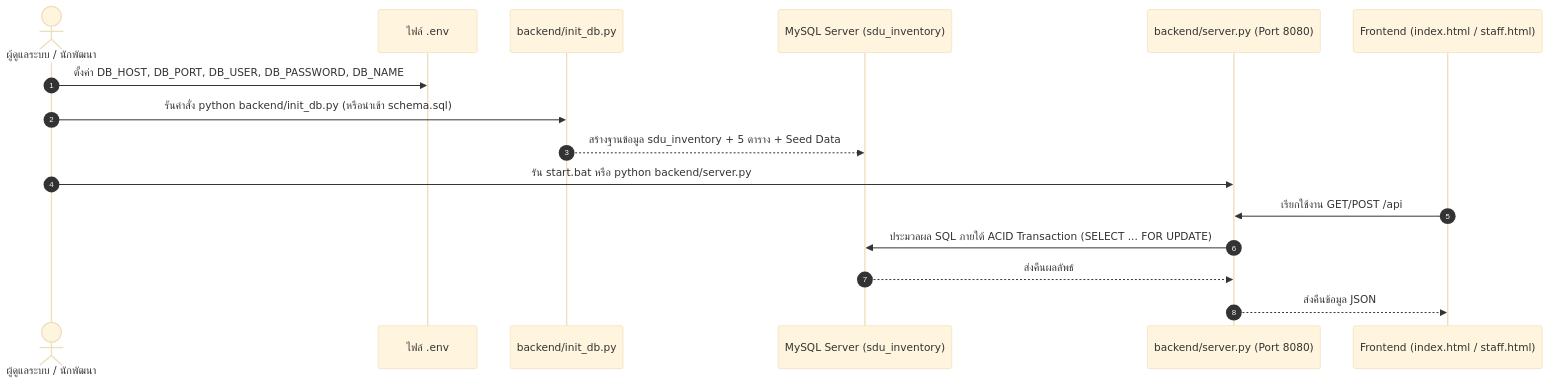
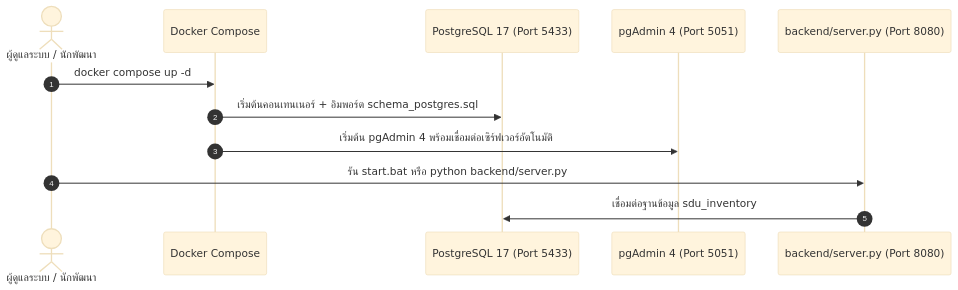
Before and after one commit to itsmekritsanai/stock-order-sdu: the diagram in backend/README.md, drawn with Mermaid (base theme). The commit also changed other lines of this file and 22 other files, not shown here.

Commit message:
feat: upgrade to PostgreSQL 17 with Docker Compose and pgAdmin 4 (v3.0.0)

````diff
--- a/backend/README.md
+++ b/backend/README.md
@@ -19,19 +21,15 @@
 ```mermaid
 sequenceDiagram
     autonumber
-    actor Admin as ผู้ดูแลระบบ / นักพัฒนา
-    participant Env as ไฟล์ .env
-    participant Init as backend/init_db.py
-    participant MySQL as MySQL Server (sdu_inventory)
+    actor Dev as ผู้ดูแลระบบ / นักพัฒนา
+    participant Docker as Docker Compose
+    participant PG as PostgreSQL 17 (Port 5433)
+    participant PGA as pgAdmin 4 (Port 5051)
     participant Server as backend/server.py (Port 8080)
-    participant Web as Frontend (index.html / staff.html)
 
-    Admin->>Env: ตั้งค่า DB_HOST, DB_PORT, DB_USER, DB_PASSWORD, DB_NAME
-    Admin->>Init: รันคำสั่ง python backend/init_db.py (หรือนำเข้า schema.sql)
-    Init-->>MySQL: สร้างฐานข้อมูล sdu_inventory + 5 ตาราง + Seed Data
-    Admin->>Server: รัน start.bat หรือ python backend/server.py
-    Web->>Server: เรียกใช้งาน GET/POST /api
-    Server->>MySQL: ประมวลผล SQL ภายใต้ ACID Transaction (SELECT ... FOR UPDATE)
-    MySQL-->>Server: ส่งคืนผลลัพธ์
-    Server-->>Web: ส่งคืนข้อมูล JSON
+    Dev->>Docker: docker compose up -d
+    Docker->>PG: เริ่มต้นคอนเทนเนอร์ + อิมพอร์ต schema_postgres.sql
+    Docker->>PGA: เริ่มต้น pgAdmin 4 พร้อมเชื่อมต่อเซิร์ฟเวอร์อัตโนมัติ
+    Dev->>Server: รัน start.bat หรือ python backend/server.py
+    Server->>PG: เชื่อมต่อฐานข้อมูล sdu_inventory
 ```
````
